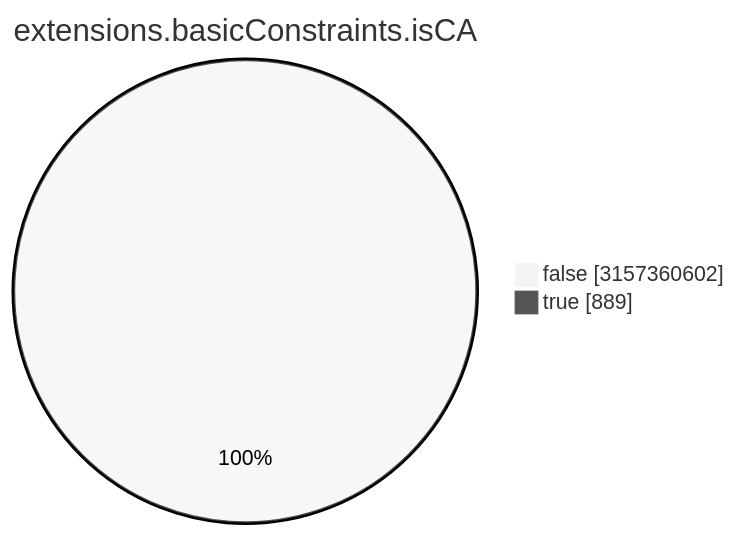
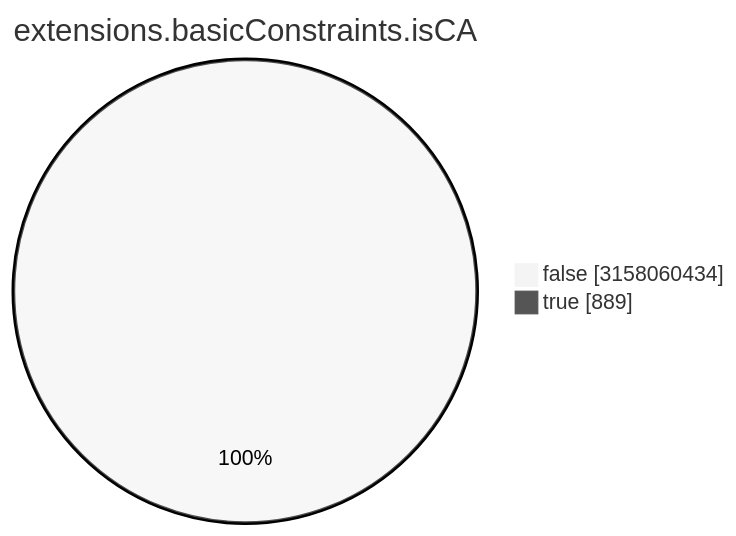
The seventh of 15 diagrams in TOTAL/README.md (christiankrug/ctmonitor_visualization), drawn with Mermaid (neutral theme) before and after one commit. The commit also changed other lines of this file, not shown here.

````diff
--- a/TOTAL/README.md
+++ b/TOTAL/README.md
@@ -3088,6 +3088,6 @@
 ```mermaid
 pie showData
 title extensions.basicConstraints.isCA
-"false" :3157360602
+"false" :3158060434
 "true" :889
 ```
````
